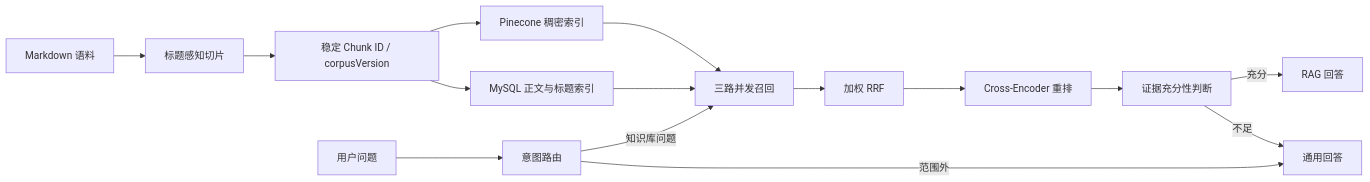
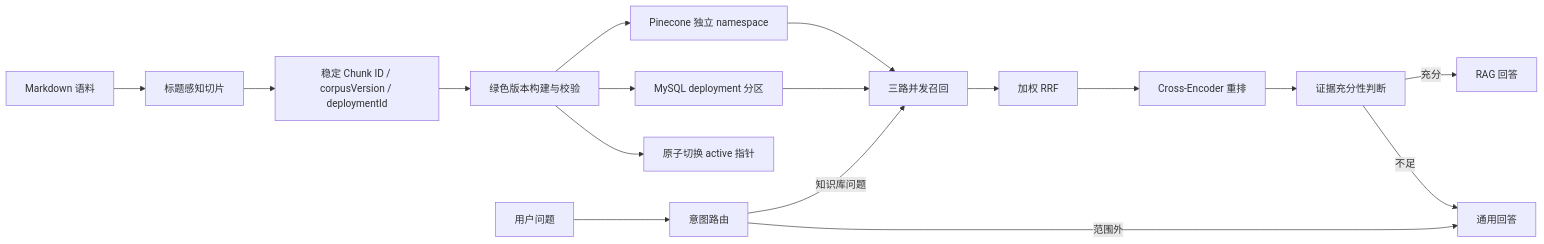
Before and after one commit to chenhao12081/CodeMemory: the diagram in README.md, drawn with Mermaid. The commit also changed other lines of this file and 15 other files, not shown here.

````diff
--- a/README.md
+++ b/README.md
@@ -12,17 +12,19 @@
 ```mermaid
 flowchart LR
     A[Markdown 语料] --> B[标题感知切片]
-    B --> C[稳定 Chunk ID / corpusVersion]
-    C --> D[Pinecone 稠密索引]
-    C --> E[MySQL 正文与标题索引]
+    B --> C[稳定 Chunk ID / corpusVersion / deploymentId]
+    C --> V[绿色版本构建与校验]
+    V --> D[Pinecone 独立 namespace]
+    V --> E[MySQL deployment 分区]
+    V --> S[原子切换 active 指针]
     Q[用户问题] --> R[意图路由]
     R -->|知识库问题| F[三路并发召回]
     R -->|范围外| G[通用回答]
     D --> F
     E --> F
     F --> H[加权 RRF]
     H --> I[Cross-Encoder 重排]
     I --> J[证据充分性判断]
     J -->|充分| K[RAG 回答]
     J -->|不足| G
 ```
````
